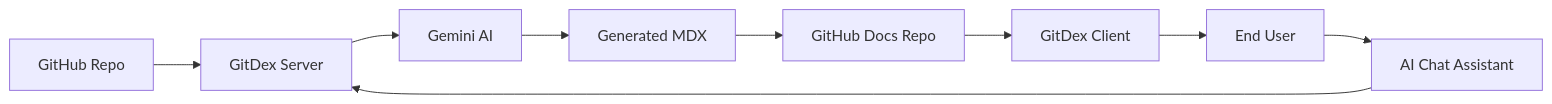
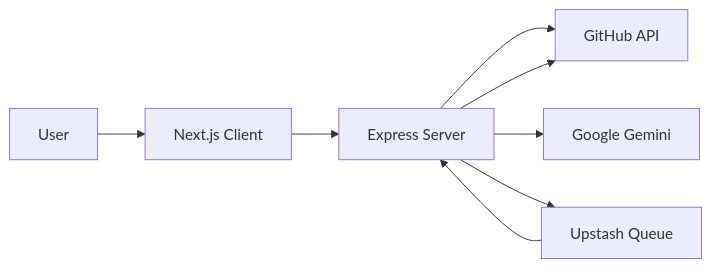
One commit to shinymacktest/gitdex-docs changed the diagram in docs/shinymack/gitdex/1_overview.mdx. Above: the diagram before and after it, drawn with Mermaid. The commit also changed other lines of this file and 31 other files, not shown here.

Commit message:
GitDex Index: shinymack/gitdex

````diff
--- a/docs/shinymack/gitdex/1_overview.mdx
+++ b/docs/shinymack/gitdex/1_overview.mdx
@@ -42,11 +25,10 @@
 ```mermaid
 graph LR
-    A["GitHub Repo"] --> B["GitDex Server"]
-    B --> C["Gemini AI"]
-    C --> D["Generated MDX"]
-    D --> E["GitHub Docs Repo"]
-    E --> F["GitDex Client"]
-    F --> G["End User"]
-    G --> H["AI Chat Assistant"]
-    H --> B
+    User["User"] --> Client["Next.js Client"]
+    Client --> Server["Express Server"]
+    Server --> GH["GitHub API"]
+    Server --> AI["Google Gemini"]
+    Server --> Queue["Upstash Queue"]
+    Queue --> Server
+    Server --> GH
 ```
````
